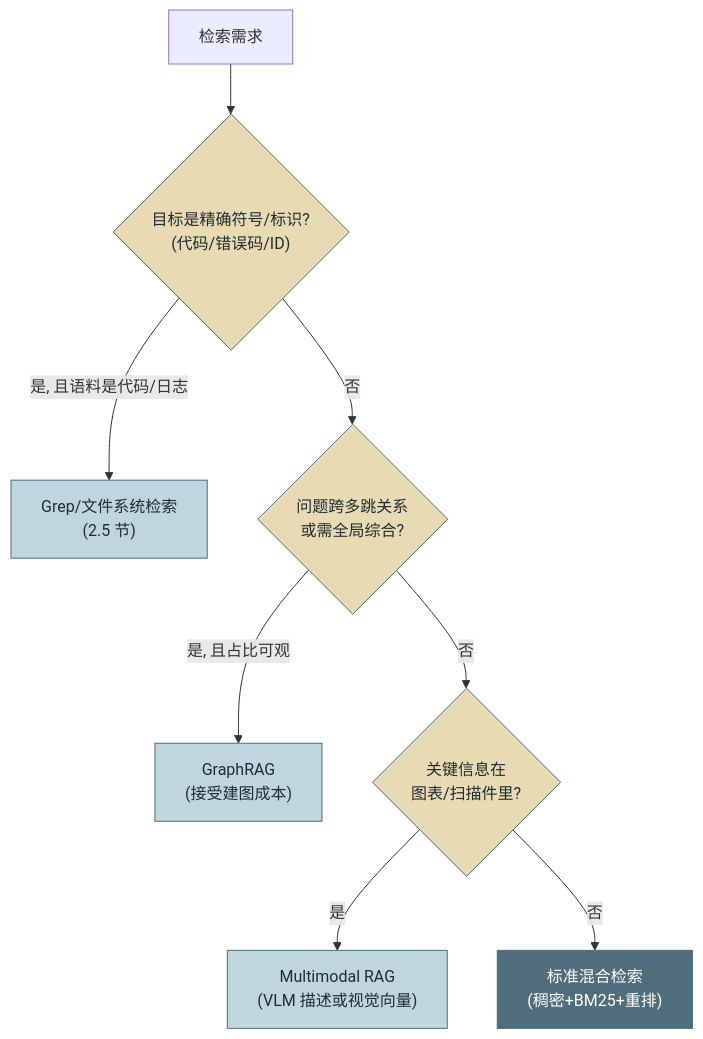
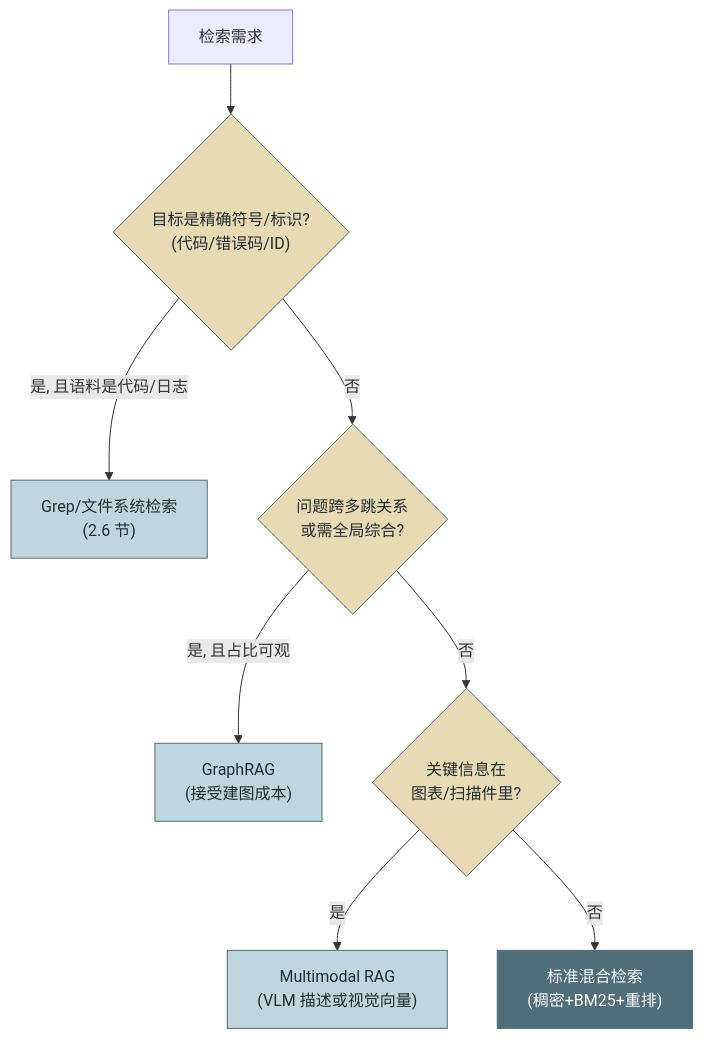
The fourth of 4 diagrams in 第二篇-单Agent核心机制/第11章-RAG与检索.md (cdavid817/agent-book), drawn with Mermaid before and after one commit. The commit also changed other lines of this file and 4 other files, not shown here.

````diff
--- a/第二篇-单Agent核心机制/第11章-RAG与检索.md
+++ b/第二篇-单Agent核心机制/第11章-RAG与检索.md
@@ -112,17 +149,17 @@
 ```mermaid
 flowchart TB
     Q["检索需求"] --> D1{"目标是精确符号/标识?<br/>(代码/错误码/ID)"}
-    D1 -->|"是, 且语料是代码/日志"| GREP["Grep/文件系统检索<br/>(2.5 节)"]
+    D1 -->|"是, 且语料是代码/日志"| GREP["Grep/文件系统检索<br/>(2.6 节)"]
     D1 -->|"否"| D2{"问题跨多跳关系<br/>或需全局综合?"}
     D2 -->|"是, 且占比可观"| GRAPH["GraphRAG<br/>(接受建图成本)"]
     D2 -->|"否"| D3{"关键信息在<br/>图表/扫描件里?"}
     D3 -->|"是"| MM["Multimodal RAG<br/>(VLM 描述或视觉向量)"]
     D3 -->|"否"| STD["标准混合检索<br/>(稠密+BM25+重排)"]
 
     classDef judge fill:#E8DAB2,stroke:#4F6D7A,color:#1f2d33
     classDef opt fill:#C0D6DF,stroke:#4F6D7A,color:#1f2d33
     classDef main fill:#4F6D7A,stroke:#4F6D7A,color:#ffffff
     class D1,D2,D3 judge
     class GREP,GRAPH,MM opt
     class STD main
 ```
````
